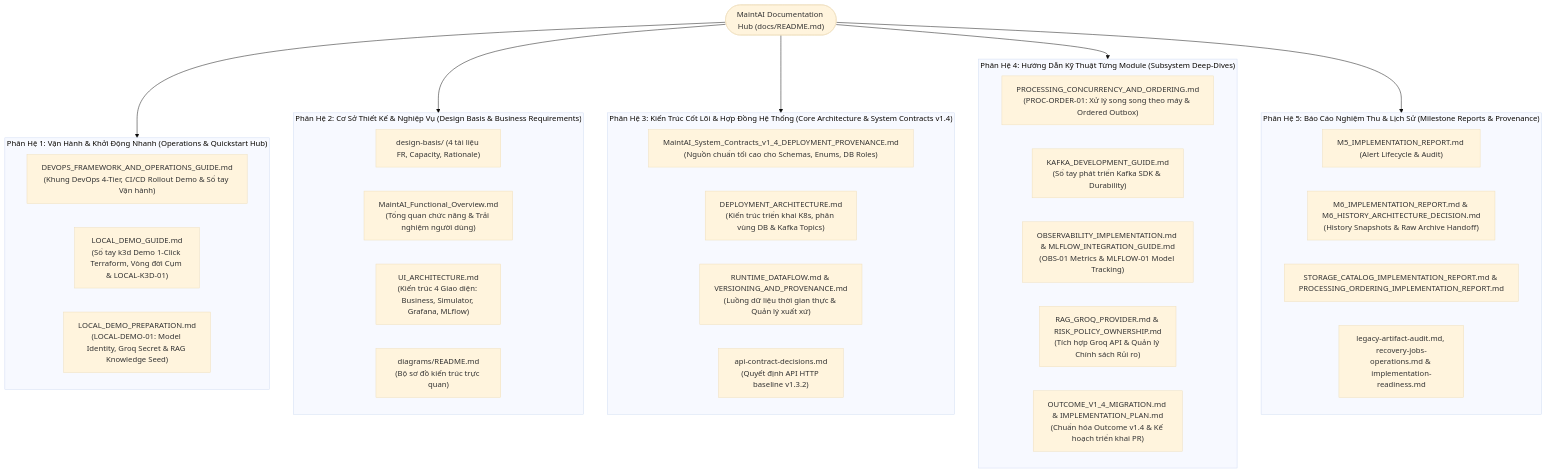
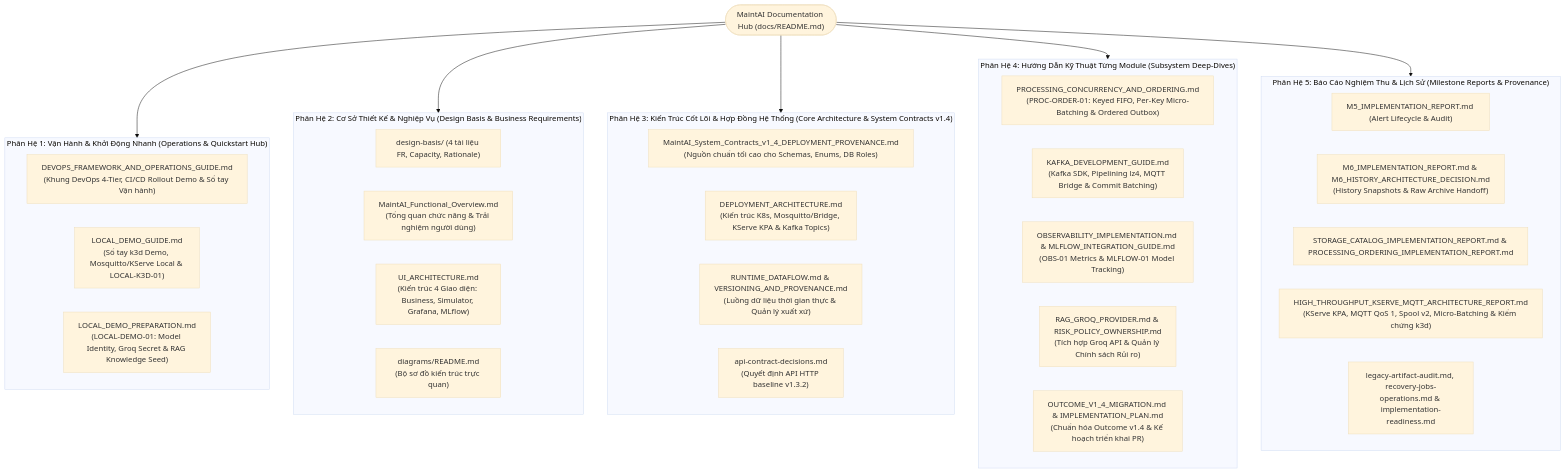
One commit to chiendz11/MaintAI changed the diagram in docs/README.md. Above: the diagram before and after it, drawn with Mermaid (base theme). The commit also changed other lines of this file and 7 other files, not shown here.

Commit message:
docs: document KServe KPA, Mosquitto MQTT QoS 1, Spool v2, and micro-batching architecture (#66)

````diff
--- a/docs/README.md
+++ b/docs/README.md
@@ -9,45 +9,46 @@
 ```mermaid
 flowchart TD
     Hub(["MaintAI Documentation Hub (docs/README.md)"])
 
     subgraph Tier1 ["Phân Hệ 1: Vận Hành & Khởi Động Nhanh (Operations & Quickstart Hub)"]
         D1["DEVOPS_FRAMEWORK_AND_OPERATIONS_GUIDE.md\n(Khung DevOps 4-Tier, CI/CD Rollout Demo & Sổ tay Vận hành)"]
-        D2["LOCAL_DEMO_GUIDE.md\n(Sổ tay k3d Demo 1-Click Terraform, Vòng đời Cụm & LOCAL-K3D-01)"]
+        D2["LOCAL_DEMO_GUIDE.md\n(Sổ tay k3d Demo, Mosquitto/KServe Local & LOCAL-K3D-01)"]
         D3["LOCAL_DEMO_PREPARATION.md\n(LOCAL-DEMO-01: Model Identity, Groq Secret & RAG Knowledge Seed)"]
     end
 
     subgraph Tier2 ["Phân Hệ 2: Cơ Sở Thiết Kế & Nghiệp Vụ (Design Basis & Business Requirements)"]
         B1["design-basis/ (4 tài liệu FR, Capacity, Rationale)"]
         B2["MaintAI_Functional_Overview.md\n(Tổng quan chức năng & Trải nghiệm người dùng)"]
         B3["UI_ARCHITECTURE.md\n(Kiến trúc 4 Giao diện: Business, Simulator, Grafana, MLflow)"]
         B4["diagrams/README.md\n(Bộ sơ đồ kiến trúc trực quan)"]
     end
 
     subgraph Tier3 ["Phân Hệ 3: Kiến Trúc Cốt Lõi & Hợp Đồng Hệ Thống (Core Architecture & System Contracts v1.4)"]
         C1["MaintAI_System_Contracts_v1_4_DEPLOYMENT_PROVENANCE.md\n(Nguồn chuẩn tối cao cho Schemas, Enums, DB Roles)"]
-        C2["DEPLOYMENT_ARCHITECTURE.md\n(Kiến trúc triển khai K8s, phân vùng DB & Kafka Topics)"]
+        C2["DEPLOYMENT_ARCHITECTURE.md\n(Kiến trúc K8s, Mosquitto/Bridge, KServe KPA & Kafka Topics)"]
         C3["RUNTIME_DATAFLOW.md & VERSIONING_AND_PROVENANCE.md\n(Luồng dữ liệu thời gian thực & Quản lý xuất xứ)"]
         C4["api-contract-decisions.md\n(Quyết định API HTTP baseline v1.3.2)"]
     end
 
     subgraph Tier4 ["Phân Hệ 4: Hướng Dẫn Kỹ Thuật Từng Module (Subsystem Deep-Dives)"]
-        M1["PROCESSING_CONCURRENCY_AND_ORDERING.md\n(PROC-ORDER-01: Xử lý song song theo máy & Ordered Outbox)"]
-        M2["KAFKA_DEVELOPMENT_GUIDE.md\n(Sổ tay phát triển Kafka SDK & Durability)"]
+        M1["PROCESSING_CONCURRENCY_AND_ORDERING.md\n(PROC-ORDER-01: Keyed FIFO, Per-Key Micro-Batching & Ordered Outbox)"]
+        M2["KAFKA_DEVELOPMENT_GUIDE.md\n(Kafka SDK, Pipelining lz4, MQTT Bridge & Commit Batching)"]
         M3["OBSERVABILITY_IMPLEMENTATION.md & MLFLOW_INTEGRATION_GUIDE.md\n(OBS-01 Metrics & MLFLOW-01 Model Tracking)"]
         M4["RAG_GROQ_PROVIDER.md & RISK_POLICY_OWNERSHIP.md\n(Tích hợp Groq API & Quản lý Chính sách Rủi ro)"]
         M5["OUTCOME_V1_4_MIGRATION.md & IMPLEMENTATION_PLAN.md\n(Chuẩn hóa Outcome v1.4 & Kế hoạch triển khai PR)"]
     end
 
     subgraph Tier5 ["Phân Hệ 5: Báo Cáo Nghiệm Thu & Lịch Sử (Milestone Reports & Provenance)"]
         R1["M5_IMPLEMENTATION_REPORT.md (Alert Lifecycle & Audit)"]
         R2["M6_IMPLEMENTATION_REPORT.md & M6_HISTORY_ARCHITECTURE_DECISION.md\n(History Snapshots & Raw Archive Handoff)"]
         R3["STORAGE_CATALOG_IMPLEMENTATION_REPORT.md & PROCESSING_ORDERING_IMPLEMENTATION_REPORT.md"]
-        R4["legacy-artifact-audit.md, recovery-jobs-operations.md & implementation-readiness.md"]
+        R4["HIGH_THROUGHPUT_KSERVE_MQTT_ARCHITECTURE_REPORT.md\n(KServe KPA, MQTT QoS 1, Spool v2, Micro-Batching & Kiểm chứng k3d)"]
+        R5["legacy-artifact-audit.md, recovery-jobs-operations.md & implementation-readiness.md"]
     end
 
     Hub --> Tier1
     Hub --> Tier2
     Hub --> Tier3
     Hub --> Tier4
     Hub --> Tier5
 ```
````
